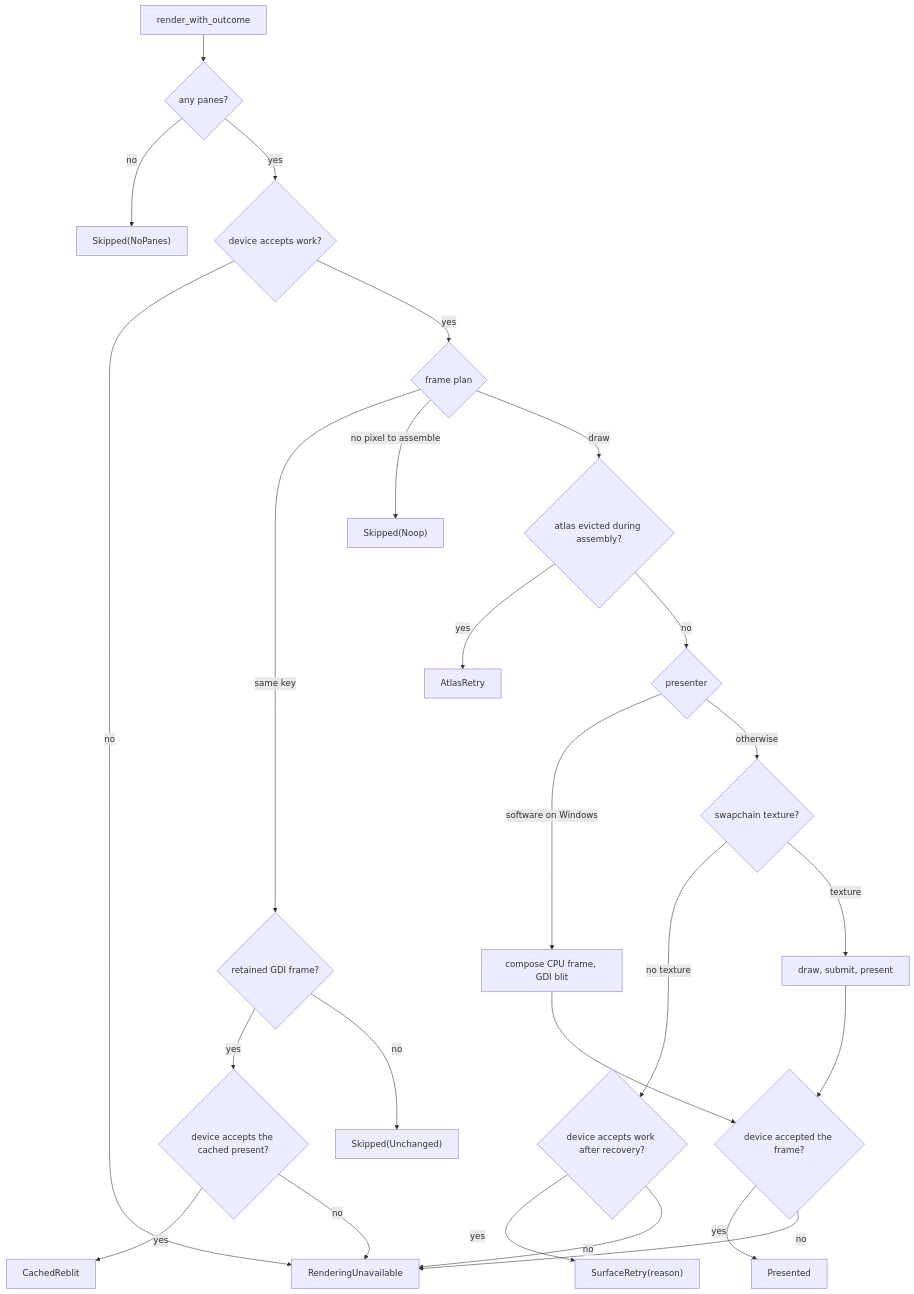
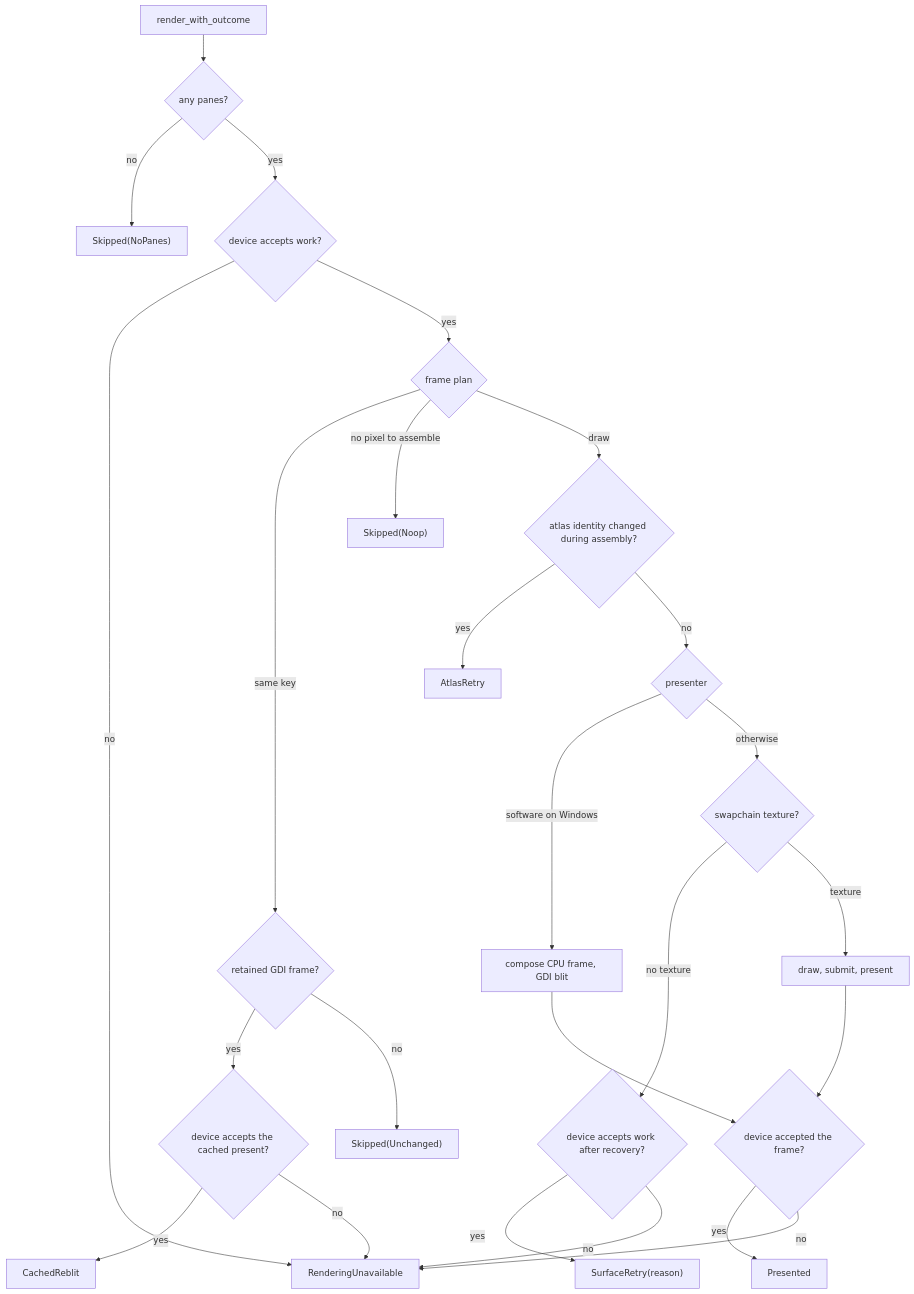
Before and after one commit to D0n9X1n/SonicTerm: the third of 3 diagrams in wiki/Rendering-and-Fonts.md, drawn with Mermaid. The commit also changed other lines of this file and 23 other files, not shown here.

````diff
--- a/wiki/Rendering-and-Fonts.md
+++ b/wiki/Rendering-and-Fonts.md
@@ -564,27 +593,27 @@
 ```mermaid
 flowchart TD
     start["render_with_outcome"] --> panes{"any panes?"}
     panes -->|no| noPanes["Skipped(NoPanes)"]
     panes -->|yes| gate{"device accepts work?"}
     gate -->|no| unavailable["RenderingUnavailable"]
     gate -->|yes| plan{"frame plan"}
     plan -->|same key| unchangedPlan{"retained GDI frame?"}
     unchangedPlan -->|yes| reblitGate{"device accepts the cached present?"}
     reblitGate -->|yes| reblit["CachedReblit"]
     reblitGate -->|no| unavailable
     unchangedPlan -->|no| skipUnchanged["Skipped(Unchanged)"]
     plan -->|no pixel to assemble| skipNoop["Skipped(Noop)"]
-    plan -->|draw| evicted{"atlas evicted during assembly?"}
+    plan -->|draw| evicted{"atlas identity changed during assembly?"}
     evicted -->|yes| atlasRetry["AtlasRetry"]
     evicted -->|no| presenter{"presenter"}
     presenter -->|software on Windows| gdi["compose CPU frame, GDI blit"]
     presenter -->|otherwise| acquire{"swapchain texture?"}
     acquire -->|no texture| recovered{"device accepts work after recovery?"}
     recovered -->|yes| surfaceRetry["SurfaceRetry(reason)"]
     recovered -->|no| unavailable
     acquire -->|texture| wgpuPresent["draw, submit, present"]
     gdi --> kept{"device accepted the frame?"}
     wgpuPresent --> kept
     kept -->|yes| presented["Presented"]
     kept -->|no| unavailable
 ```
````
